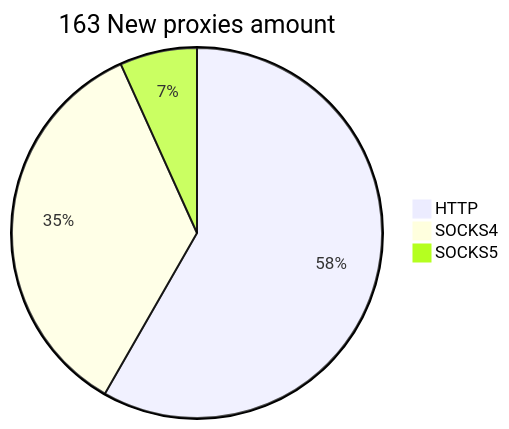
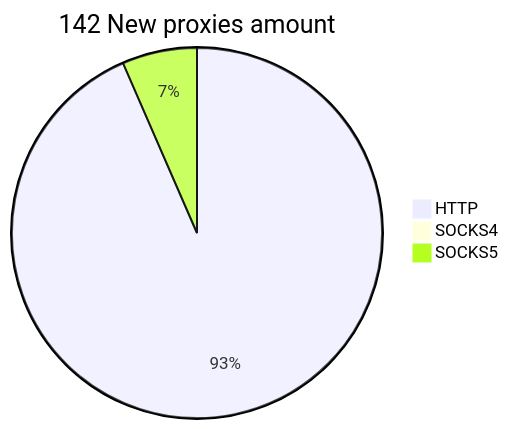
The second of 2 diagrams in README.md (cutipu/proxylist), drawn with Mermaid before and after one commit. The commit also changed other lines of this file, not shown here.

````diff
--- a/README.md
+++ b/README.md
@@ -10,6 +10,6 @@
 ```mermaid
-pie title 163 New proxies amount
-    "HTTP" : 95
-    "SOCKS4" : 57
-    "SOCKS5" : 11
+pie title 142 New proxies amount
+    "HTTP" : 143
+    "SOCKS4" : 0
+    "SOCKS5" : 10
 ```
````
